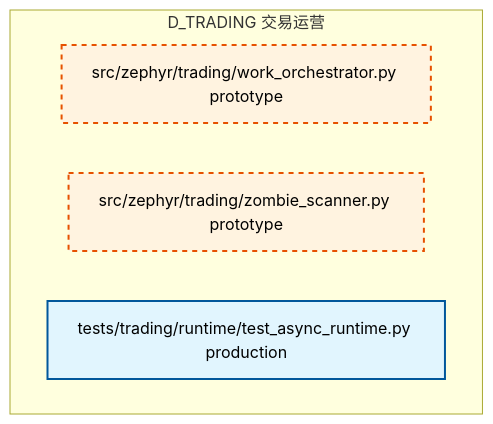
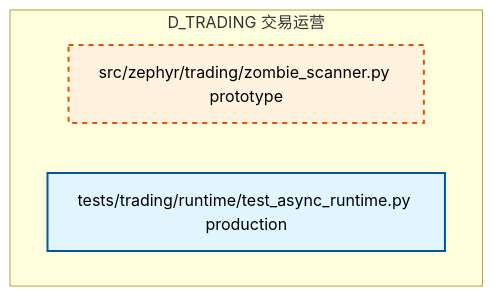
Before and after one commit to xuanFelixVan/ZephyrAlpha: the sixth of 6 diagrams in docs/02_enterprise_architecture/02_domain_architecture_docs/52_d_trading.md, drawn with Mermaid. The commit also changed other lines of this file and 99 other files, not shown here.

First line of the commit message:
chore(ad-gov-001): commit pre-convergence changes - batch 11/34 (docs/02_enterprise_architecture (part 1/2))

````diff
--- a/docs/02_enterprise_architecture/02_domain_architecture_docs/52_d_trading.md
+++ b/docs/02_enterprise_architecture/02_domain_architecture_docs/52_d_trading.md
@@ -453,14 +462,13 @@
 ```mermaid
 graph TD
     subgraph D_TRADING["D_TRADING 交易运营"]
-        src_zephyr_trading_work_orchestrator_py["src/zephyr/trading/work_orchestrator.py prototype"]
         src_zephyr_trading_zombie_scanner_py["src/zephyr/trading/zombie_scanner.py prototype"]
         tests_trading_runtime_test_async_runtime_py["tests/trading/runtime/test_async_runtime.py production"]
     end
     classDef production fill:#e1f5fe,stroke:#01579b,stroke-width:2px,color:#000
     classDef design fill:#fff3e0,stroke:#e65100,stroke-width:2px,color:#000,stroke-dasharray: 5 5
     classDef external_prod fill:#e8f5e9,stroke:#1b5e20,stroke-width:1px,color:#000
     classDef external_design fill:#fce4ec,stroke:#880e4f,stroke-width:1px,color:#000,stroke-dasharray: 5 5
     class tests_trading_runtime_test_async_runtime_py production
-    class src_zephyr_trading_work_orchestrator_py,src_zephyr_trading_zombie_scanner_py design
+    class src_zephyr_trading_zombie_scanner_py design
 ```
````
